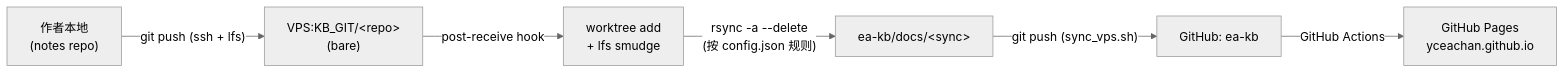
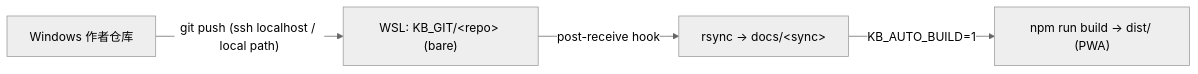
Before and after one commit to yceachan/yceachan.github.io: the diagram in README.md, drawn with Mermaid (neutral theme). The commit also changed other lines of this file and 4 other files, not shown here.

First line of the commit message:
feat : KB_GIT local-first deployment — no VPS

````diff
--- a/README.md
+++ b/README.md
@@ -65,8 +62,6 @@
 ```mermaid
 flowchart LR
-  A["作者本地<br/>(notes repo)"] -- "git push (ssh + lfs)" --> B["VPS:KB_GIT/&lt;repo&gt;<br/>(bare)"]
-  B -- "post-receive hook" --> C["worktree add<br/>+ lfs smudge"]
-  C -- "rsync -a --delete<br/>(按 config.json 规则)" --> D["ea-kb/docs/&lt;sync&gt;"]
-  D -- "git push (sync_vps.sh)" --> E["GitHub: ea-kb"]
-  E -- "GitHub Actions" --> F["GitHub Pages<br/>yceachan.github.io"]
+  A["Windows 作者仓库"] -- "git push (ssh localhost / local path)" --> B["WSL: KB_GIT/&lt;repo&gt; (bare)"]
+  B -- "post-receive hook" --> C["rsync → docs/&lt;sync&gt;"]
+  C -- "KB_AUTO_BUILD=1" --> D["npm run build → dist/ (PWA)"]
 ```
````
